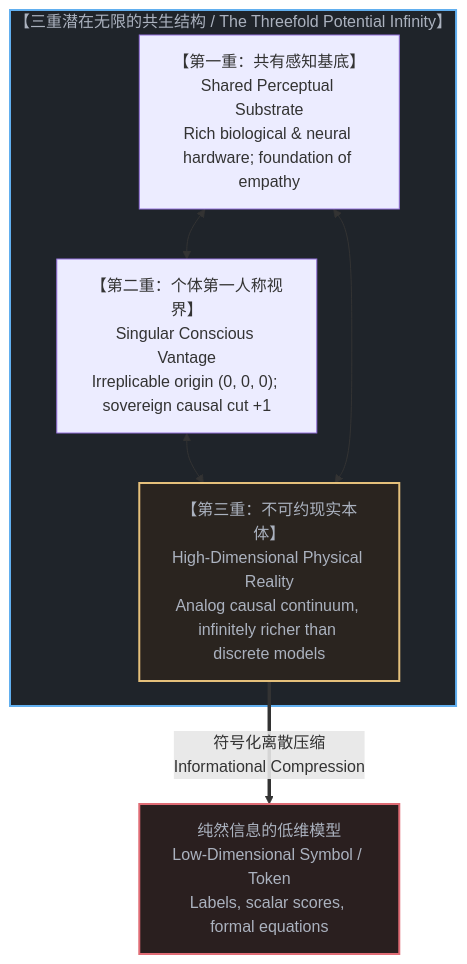
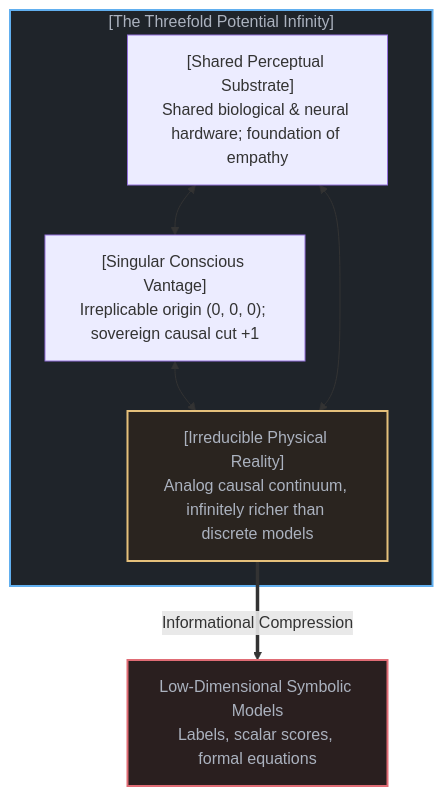
One commit to powerpig99/not-a-toe changed the second of 10 diagrams in content/posts/the-shadow-and-the-infinite.md. Above: the diagram before and after it, drawn with Mermaid. The commit also changed other lines of this file and 7 other files, not shown here.

````diff
--- a/content/posts/the-shadow-and-the-infinite.md
+++ b/content/posts/the-shadow-and-the-infinite.md
@@ -17,18 +48,18 @@
 ```mermaid
 graph TD
-    subgraph ThreefoldInfinity["【三重潜在无限的共生结构 / The Threefold Potential Infinity】"]
-        SubstrateFold["【第一重：共有感知基底】<br>Shared Perceptual Substrate<br>Rich biological & neural hardware; foundation of empathy"]
-        PerspectiveFold["【第二重：个体第一人称视界】<br>Singular Conscious Vantage<br>Irreplicable origin (0, 0, 0); sovereign causal cut +1"]
-        TerritoryFold["【第三重：不可约现实本体】<br>High-Dimensional Physical Reality<br>Analog causal continuum, infinitely richer than discrete models"]
+    subgraph ThreefoldInfinity["[The Threefold Potential Infinity]"]
+        SubstrateFold["[Shared Perceptual Substrate]<br>Shared biological & neural hardware; foundation of empathy"]
+        PerspectiveFold["[Singular Conscious Vantage]<br>Irreplicable origin (0, 0, 0); sovereign causal cut +1"]
+        TerritoryFold["[Irreducible Physical Reality]<br>Analog causal continuum, infinitely richer than discrete models"]
 
         SubstrateFold <--> PerspectiveFold
         PerspectiveFold <--> TerritoryFold
         SubstrateFold <--> TerritoryFold
     end
 
-    TerritoryFold ==>|"符号化离散压缩<br>Informational Compression"| LowDModel["纯然信息的低维模型<br>Low-Dimensional Symbol / Token<br>Labels, scalar scores, formal equations"]
+    TerritoryFold ==>|"Informational Compression"| LowDModel["Low-Dimensional Symbolic Models<br>Labels, scalar scores, formal equations"]
 
     style ThreefoldInfinity fill:#1f242a,stroke:#61afef,stroke-width:2px,color:#abb2bf
     style TerritoryFold fill:#2a241f,stroke:#e5c07b,stroke-width:2px,color:#abb2bf
     style LowDModel fill:#2a1f1f,stroke:#e06c75,stroke-width:2px,color:#abb2bf
 ```
````
